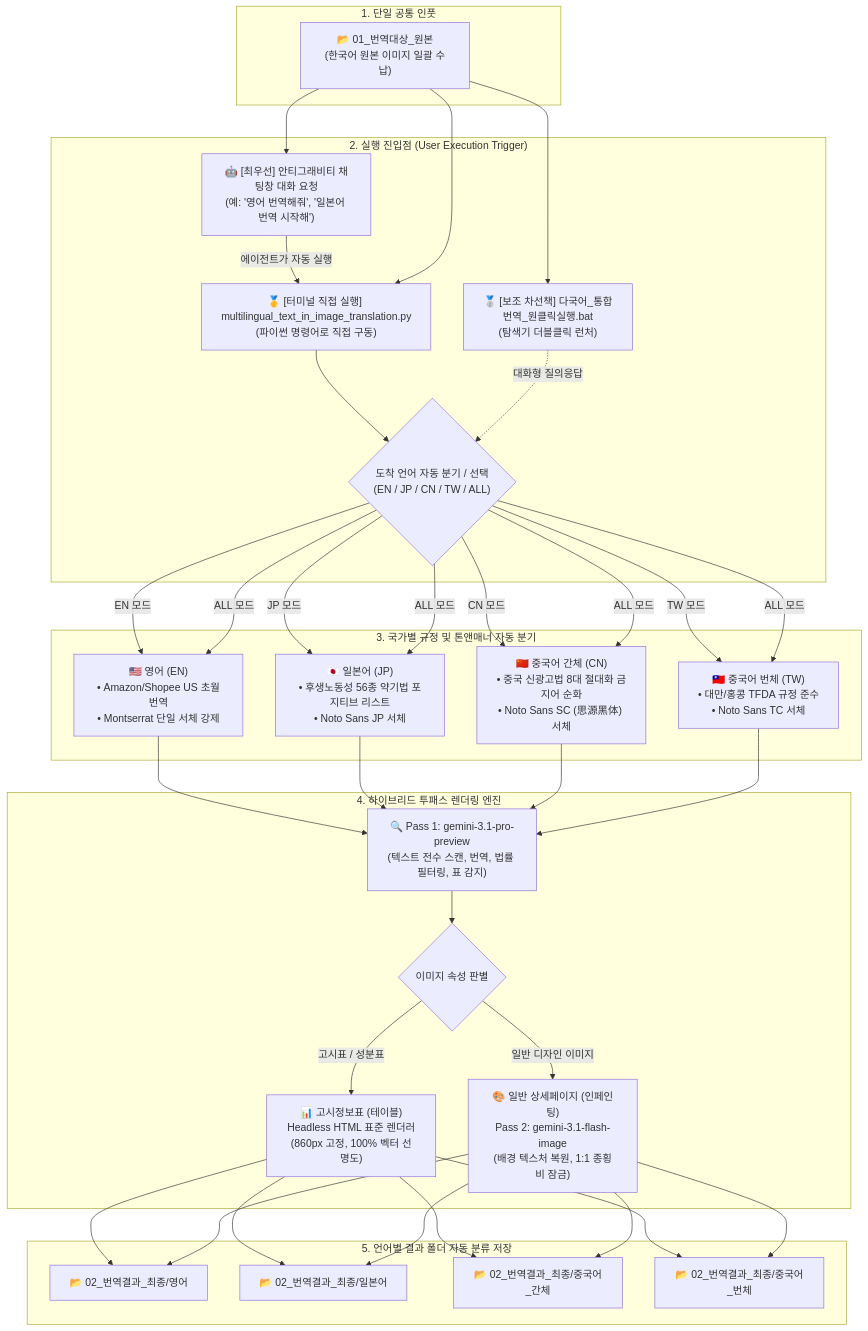
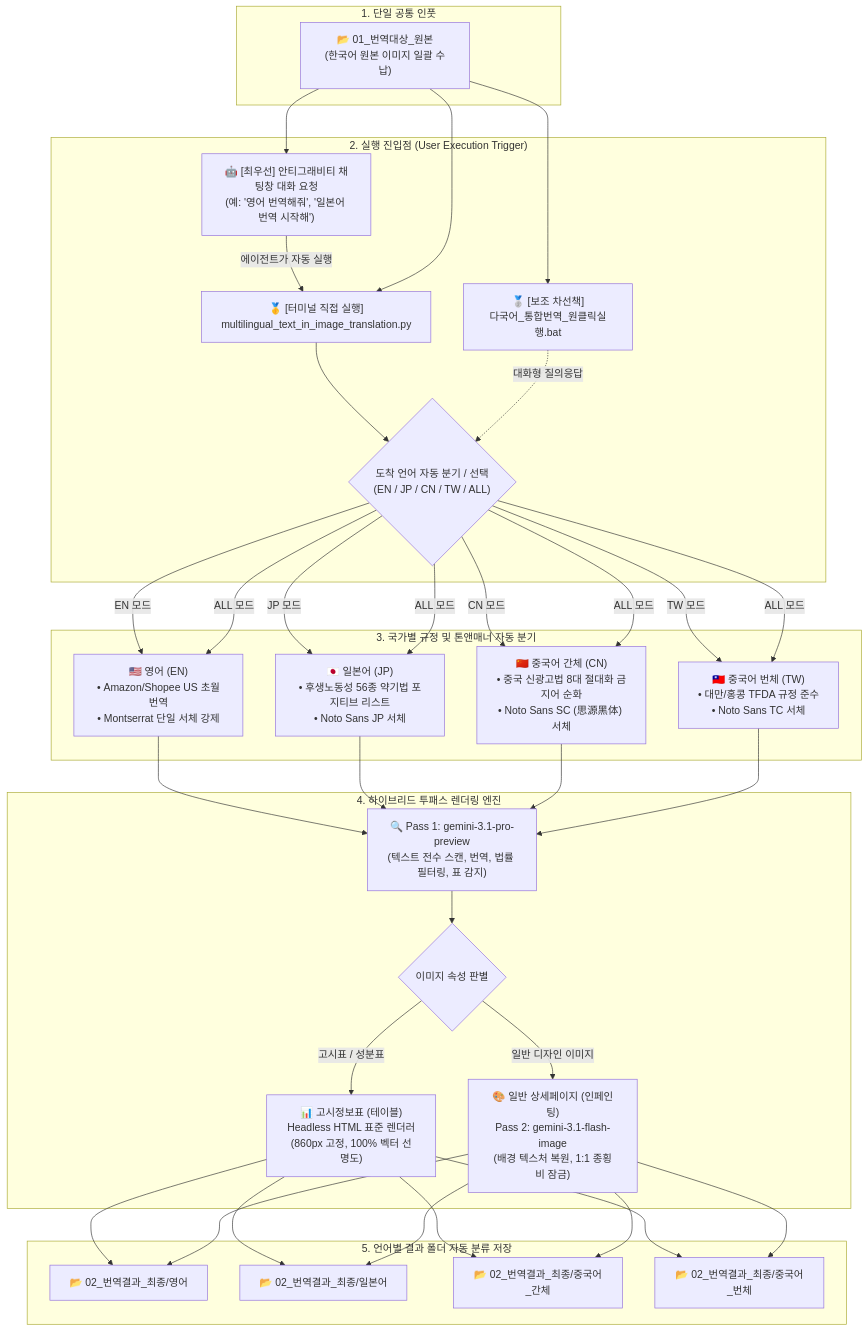
One commit to euntaewoo/PANDORA changed the diagram in README.md. Above: the diagram before and after it, drawn with Mermaid. The commit also changed other lines of this file and 5 other files, not shown here.

Commit message:
feat: Organize all unified translation files into dedicated multilingual_text_in_image_translation subfolder

````diff
--- a/README.md
+++ b/README.md
@@ -9,52 +17,52 @@
 ```mermaid
 flowchart TD
     subgraph S1["1. 단일 공통 인풋"]
         IN["📂 01_번역대상_원본<br/>(한국어 원본 이미지 일괄 수납)"]
     end
 
     subgraph S2["2. 실행 진입점 (User Execution Trigger)"]
         AGENT["🤖 [최우선] 안티그래비티 채팅창 대화 요청<br/>(예: '영어 번역해줘', '일본어 번역 시작해')"]
-        P_MAIN["🥇 [터미널 직접 실행] multilingual_text_in_image_translation.py<br/>(파이썬 명령어로 직접 구동)"]
-        BAT_SUB["🥈 [보조 차선책] 다국어_통합번역_원클릭실행.bat<br/>(탐색기 더블클릭 런처)"]
+        P_MAIN["🥇 [터미널 직접 실행]<br/>multilingual_text_in_image_translation.py"]
+        BAT_SUB["🥈 [보조 차선책]<br/>다국어_통합번역_원클릭실행.bat"]
         
         AGENT -->|에이전트가 자동 실행| P_MAIN
         P_MAIN --> PROMPT{"도착 언어 자동 분기 / 선택<br/>(EN / JP / CN / TW / ALL)"}
         BAT_SUB -.->|대화형 질의응답| PROMPT
     end
 
     subgraph S3["3. 국가별 규정 및 톤앤매너 자동 분기"]
         EN["🇺🇸 영어 (EN)<br/>• Amazon/Shopee US 초월번역<br/>• Montserrat 단일 서체 강제"]
         JP["🇯🇵 일본어 (JP)<br/>• 후생노동성 56종 약기법 포지티브 리스트<br/>• Noto Sans JP 서체"]
         CN["🇨🇳 중국어 간체 (CN)<br/>• 중국 신광고법 8대 절대화 금지어 순화<br/>• Noto Sans SC (思源黑体) 서체"]
         TW["🇹🇼 중국어 번체 (TW)<br/>• 대만/홍콩 TFDA 규정 준수<br/>• Noto Sans TC 서체"]
     end
 
     subgraph S4["4. 하이브리드 투패스 렌더링 엔진"]
         P1["🔍 Pass 1: gemini-3.1-pro-preview<br/>(텍스트 전수 스캔, 번역, 법률 필터링, 표 감지)"]
         DECIDE{"이미지 속성 판별"}
         
         HTML["📊 고시정보표 (테이블)<br/>Headless HTML 표준 렌더러<br/>(860px 고정, 100% 벡터 선명도)"]
         P2["🎨 일반 상세페이지 (인페인팅)<br/>Pass 2: gemini-3.1-flash-image<br/>(배경 텍스처 복원, 1:1 종횡비 잠금)"]
         
         P1 --> DECIDE
         DECIDE -->|고시표 / 성분표| HTML
         DECIDE -->|일반 디자인 이미지| P2
     end
 
     subgraph S5["5. 언어별 결과 폴더 자동 분류 저장"]
         OUT_EN["📂 02_번역결과_최종/영어"]
         OUT_JP["📂 02_번역결과_최종/일본어"]
         OUT_CN["📂 02_번역결과_최종/중국어_간체"]
         OUT_TW["📂 02_번역결과_최종/중국어_번체"]
     end
 
     IN --> AGENT & P_MAIN & BAT_SUB
     PROMPT -->|EN 모드| EN
     PROMPT -->|JP 모드| JP
     PROMPT -->|CN 모드| CN
     PROMPT -->|TW 모드| TW
     PROMPT -->|ALL 모드| EN & JP & CN & TW
 
     EN & JP & CN & TW --> P1
     HTML & P2 --> OUT_EN & OUT_JP & OUT_CN & OUT_TW
 ```
````
